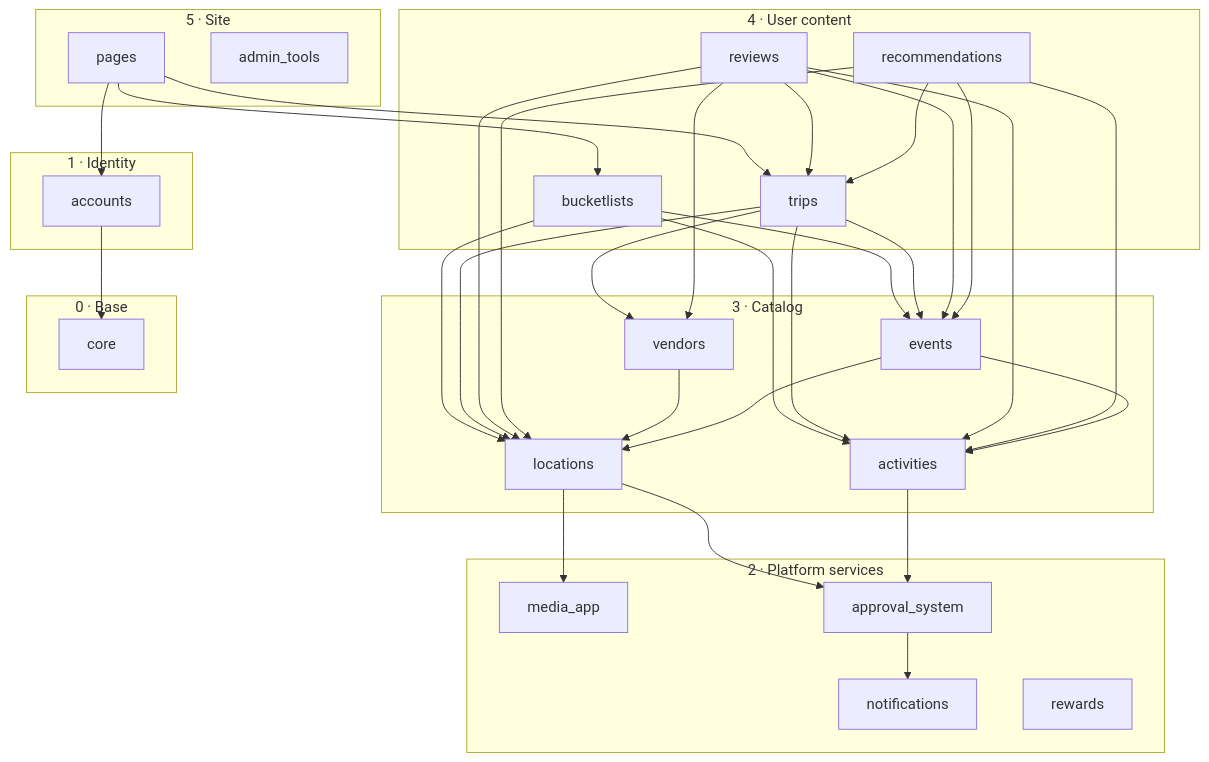
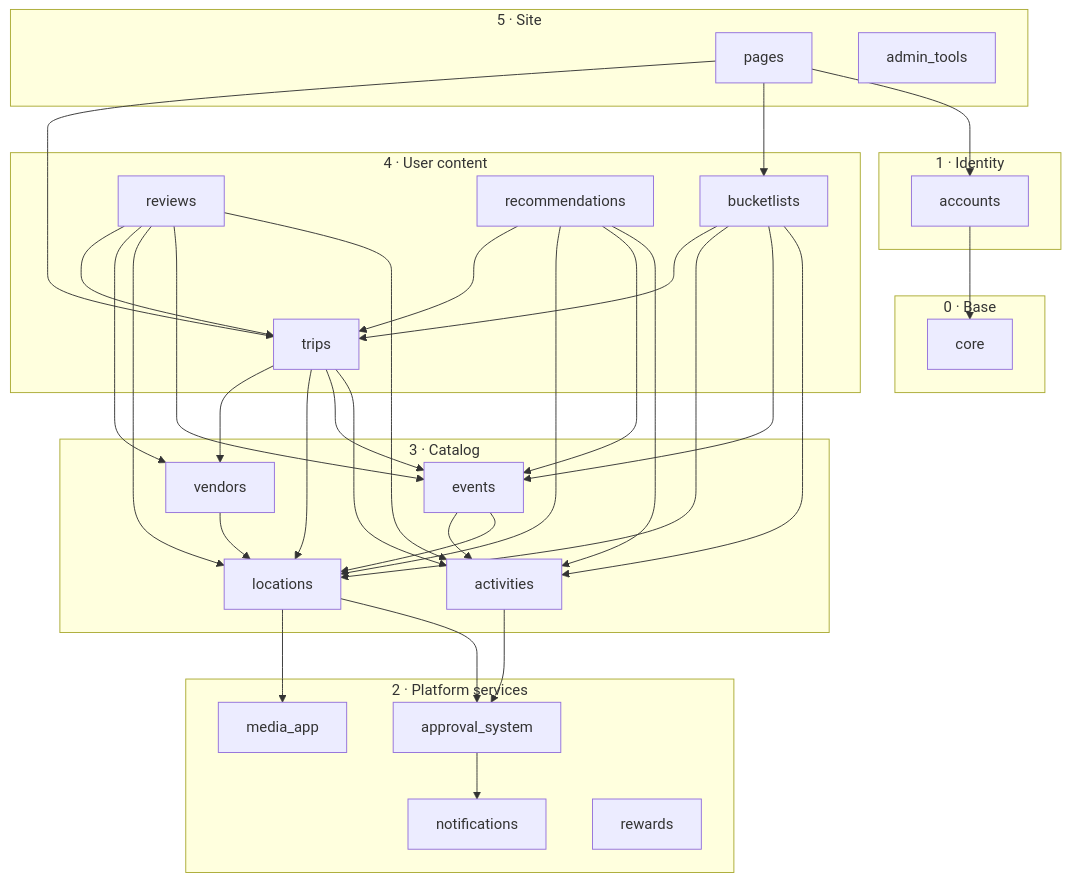
Before and after one commit to jjennings308/django-travel-site: the diagram in docs/architecture/app_dependencies.md, drawn with Mermaid. The commit also changed 17 other files, not shown here.

````diff
--- a/docs/architecture/app_dependencies.md
+++ b/docs/architecture/app_dependencies.md
@@ -12,72 +12,73 @@
 ```mermaid
 graph TD
 
     subgraph L5["5 · Site"]
         pages
         admin_tools
     end
 
     subgraph L4["4 · User content"]
         bucketlists
         trips
         reviews
         recommendations
     end
 
     subgraph L3["3 · Catalog"]
         locations
         activities
         vendors
         events
     end
 
     subgraph L2["2 · Platform services"]
         notifications
         media_app
         approval_system
         rewards
     end
 
     subgraph L1["1 · Identity"]
         accounts
     end
 
     subgraph L0["0 · Base"]
         core
     end
 
     pages --> accounts
     pages --> bucketlists
     pages --> trips
 
     bucketlists --> activities
     bucketlists --> events
     bucketlists --> locations
+    bucketlists --> trips
 
     trips --> activities
     trips --> events
     trips --> locations
     trips --> vendors
 
     reviews --> activities
     reviews --> events
     reviews --> locations
     reviews --> vendors
     reviews --> trips
 
     recommendations --> activities
     recommendations --> events
     recommendations --> locations
     recommendations --> trips
 
     locations --> approval_system
     locations --> media_app
     activities --> approval_system
     vendors --> locations
     events --> locations
     events --> activities
 
     approval_system --> notifications
 
     accounts --> core
 ```
````
